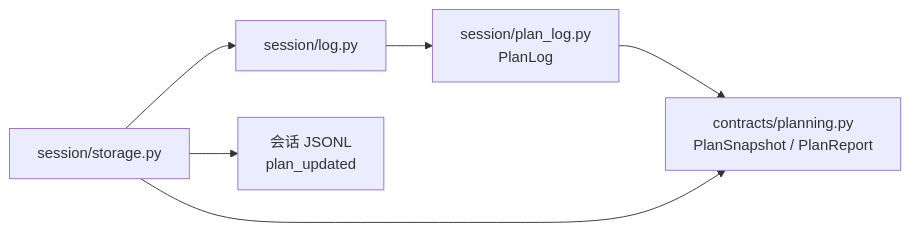
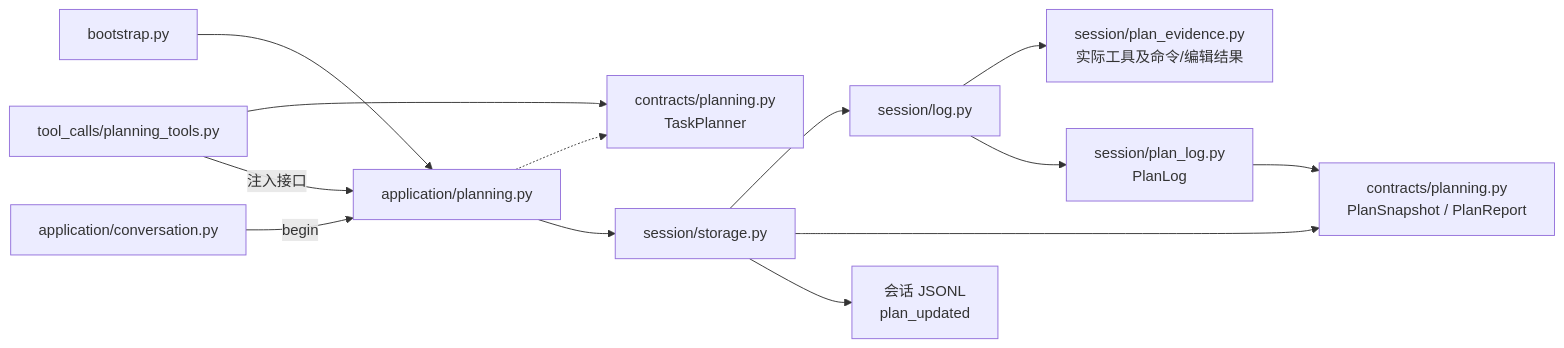
One commit to Plvltra/AdamAgent changed the third of 7 diagrams in docs/architecture.md. Above: the diagram before and after it, drawn with Mermaid. The commit also changed other lines of this file and 17 other files, not shown here.

````diff
--- a/docs/architecture.md
+++ b/docs/architecture.md
@@ -70,8 +70,15 @@
 ```mermaid
 flowchart LR
-    STORE["session/storage.py"] --> LOG["session/log.py"]
+    BOOT["bootstrap.py"] --> SERVICE["application/planning.py"]
+    CONV["application/conversation.py"] -->|begin| SERVICE
+    TOOL["tool_calls/planning_tools.py"] --> CONTRACT["contracts/planning.py<br/>TaskPlanner"]
+    SERVICE -.-> CONTRACT
+    TOOL -->|注入接口| SERVICE
+    SERVICE --> STORE["session/storage.py"]
+    STORE --> LOG["session/log.py"]
+    LOG --> EVIDENCE["session/plan_evidence.py<br/>实际工具及命令/编辑结果"]
     LOG --> PLAN["session/plan_log.py<br/>PlanLog"]
     PLAN --> DATA["contracts/planning.py<br/>PlanSnapshot / PlanReport"]
     STORE --> DATA
     STORE --> JSONL["会话 JSONL<br/>plan_updated"]
 ```
````
